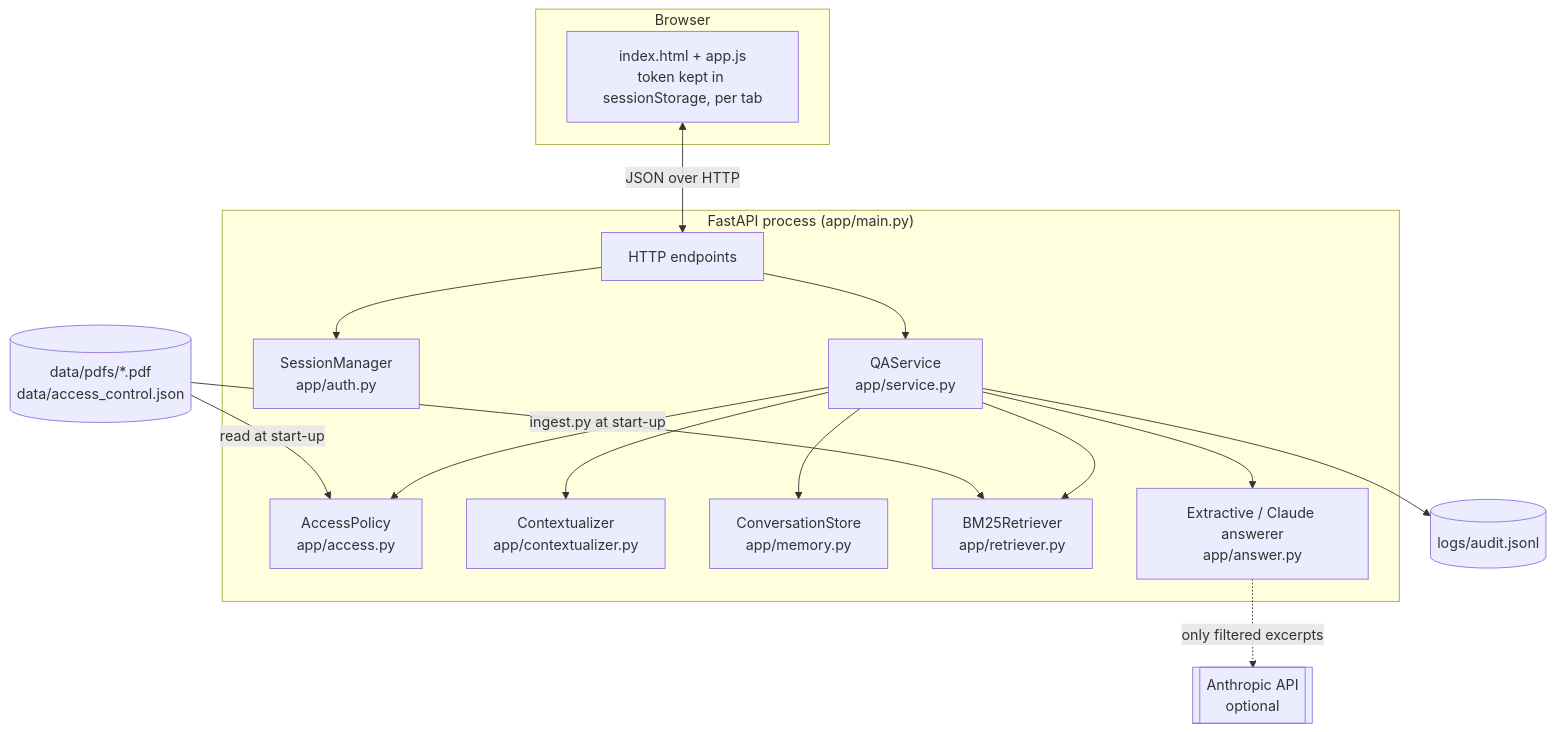
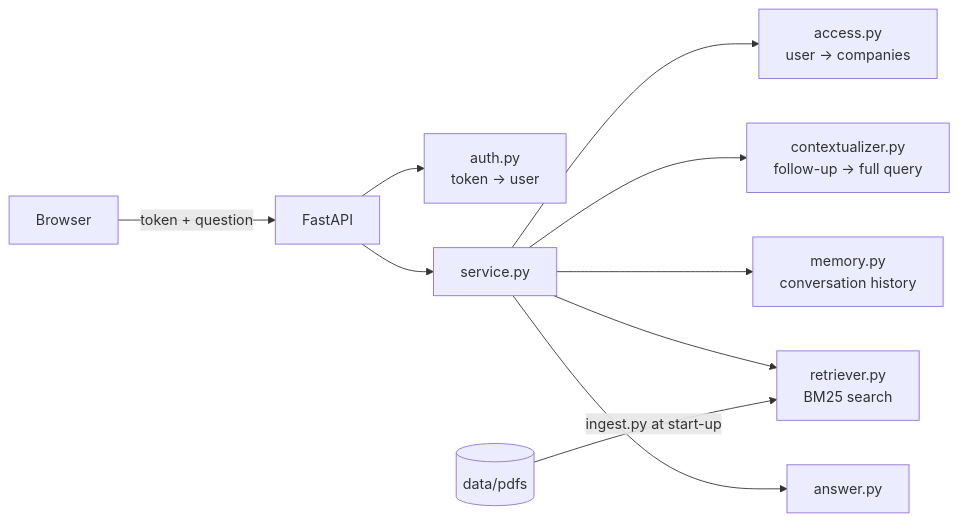
One commit to mehuldas13/Quantiphi-Assignment changed the diagram in docs/ARCHITECTURE.md. Above: the diagram before and after it, drawn with Mermaid. The commit also changed other lines of this file and 2 other files, not shown here.

First line of the commit message:
Shorten README, architecture notes and reviewer walkthrough

````diff
--- a/docs/ARCHITECTURE.md
+++ b/docs/ARCHITECTURE.md
@@ -11,28 +5,12 @@
 ```mermaid
-flowchart TB
-    subgraph Browser
-        UI[index.html + app.js<br/>token kept in sessionStorage, per tab]
-    end
-    subgraph "FastAPI process (app/main.py)"
-        EP[HTTP endpoints]
-        SM[SessionManager<br/>app/auth.py]
-        SVC[QAService<br/>app/service.py]
-        POL[AccessPolicy<br/>app/access.py]
-        CTX[Contextualizer<br/>app/contextualizer.py]
-        MEM[ConversationStore<br/>app/memory.py]
-        RET[BM25Retriever<br/>app/retriever.py]
-        ANS[Extractive / Claude answerer<br/>app/answer.py]
-    end
-    FILES[(data/pdfs/*.pdf<br/>data/access_control.json)]
-    AUDIT[(logs/audit.jsonl)]
-    CLAUDE[[Anthropic API<br/>optional]]
-
-    UI <-->|JSON over HTTP| EP
-    EP --> SM
-    EP --> SVC
-    SVC --> POL & CTX & MEM & RET & ANS
-    FILES -->|read at start-up| POL
-    FILES -->|ingest.py at start-up| RET
-    SVC --> AUDIT
-    ANS -. only filtered excerpts .-> CLAUDE
+flowchart LR
+    UI[Browser] -->|token + question| API[FastAPI]
+    API --> AUTH[auth.py<br/>token → user]
+    API --> SVC[service.py]
+    SVC --> POL[access.py<br/>user → companies]
+    SVC --> CTX[contextualizer.py<br/>follow-up → full query]
+    SVC --> MEM[memory.py<br/>conversation history]
+    SVC --> RET[retriever.py<br/>BM25 search]
+    SVC --> ANS[answer.py]
+    PDF[(data/pdfs)] -->|ingest.py at start-up| RET
 ```
````
